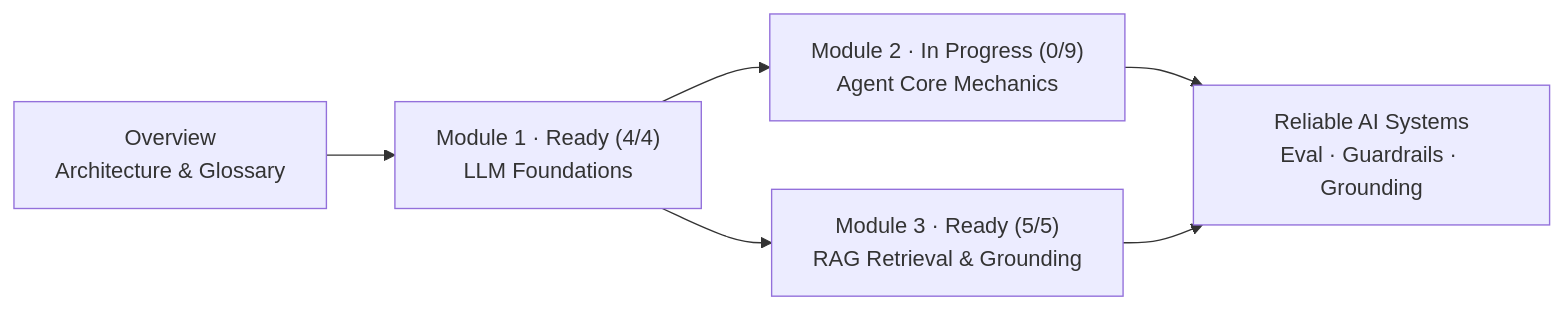
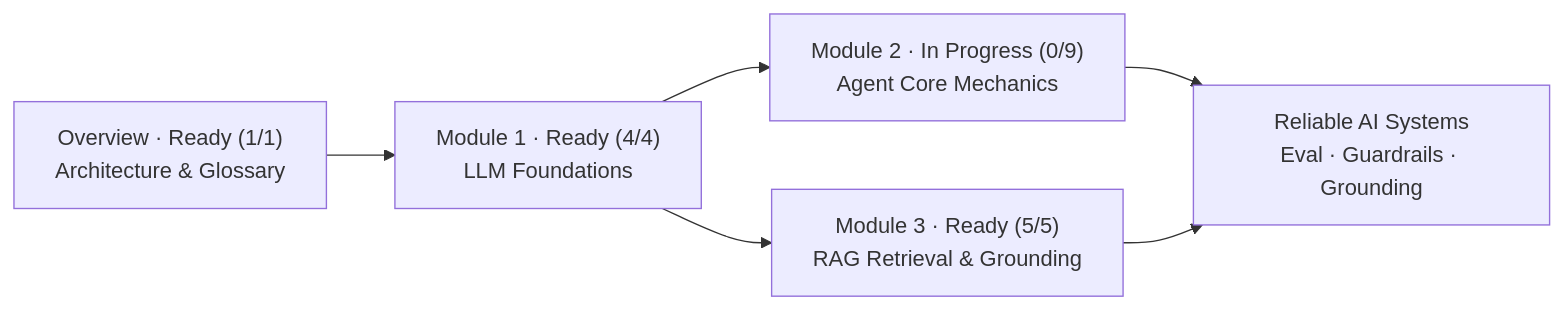
The diagram in README.md (qufei1993/ai-agent-guide), drawn with Mermaid before and after one commit. The commit also changed other lines of this file and 8 other files, not shown here.

Commit message:
feat(guide): add bilingual AI Agent architecture map overview chapter

````diff
--- a/README.md
+++ b/README.md
@@ -13,8 +13,8 @@
 ```mermaid
 flowchart LR
-  O["Overview<br/>Architecture & Glossary"] --> M1["Module 1 · Ready (4/4)<br/>LLM Foundations"]
+  O["Overview · Ready (1/1)<br/>Architecture & Glossary"] --> M1["Module 1 · Ready (4/4)<br/>LLM Foundations"]
   M1 --> M2["Module 2 · In Progress (0/9)<br/>Agent Core Mechanics"]
   M1 --> M3["Module 3 · Ready (5/5)<br/>RAG Retrieval & Grounding"]
   M2 --> E["Reliable AI Systems<br/>Eval · Guardrails · Grounding"]
   M3 --> E
 ```
````
